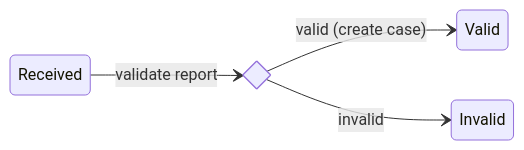
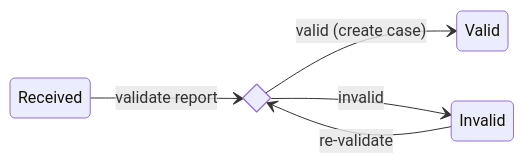
Before and after one commit to CERTCC/Vultron: the fourth of 9 diagrams in docs/process_models/report_management.md, drawn with Mermaid. The commit also changed other lines of this file, not shown here.

````diff
--- a/docs/process_models/report_management.md
+++ b/docs/process_models/report_management.md
@@ -402,8 +424,9 @@
 ```mermaid
 stateDiagram-v2
     direction LR
-    state if_else <<choice>>
-    Received --> if_else : validate report
-    if_else --> Valid: valid (create case)
-    if_else --> Invalid: invalid
+    state validate <<choice>>
+    Received --> validate : validate report
+    validate --> Valid: valid (create case)
+    validate --> Invalid: invalid
+    Invalid --> validate: re-validate
 ```
````
